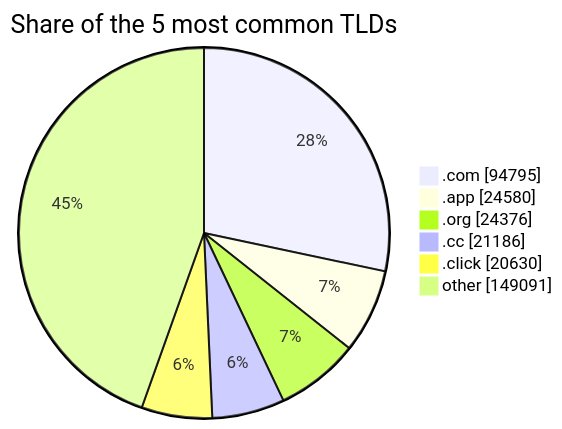
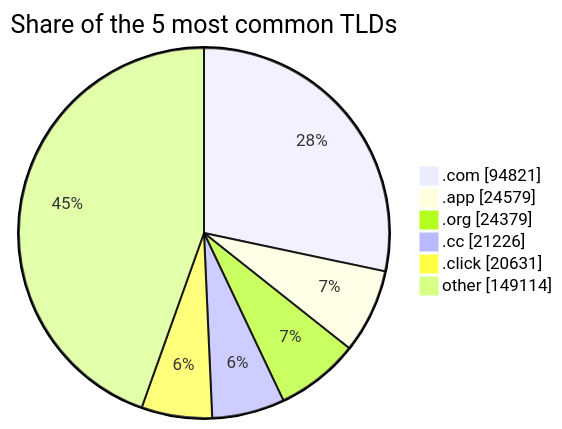
One commit to DNSBunker/CTI changed the third of 3 diagrams in README.md. Above: the diagram before and after it, drawn with Mermaid. The commit also changed other lines of this file and 4 other files, not shown here.

````diff
--- a/README.md
+++ b/README.md
@@ -81,9 +81,9 @@
 ```mermaid
 pie showData title Share of the 5 most common TLDs
-    ".com" : 94795
-    ".app" : 24580
-    ".org" : 24376
-    ".cc" : 21186
-    ".click" : 20630
-    "other" : 149091
+    ".com" : 94821
+    ".app" : 24579
+    ".org" : 24379
+    ".cc" : 21226
+    ".click" : 20631
+    "other" : 149114
 ```
````
